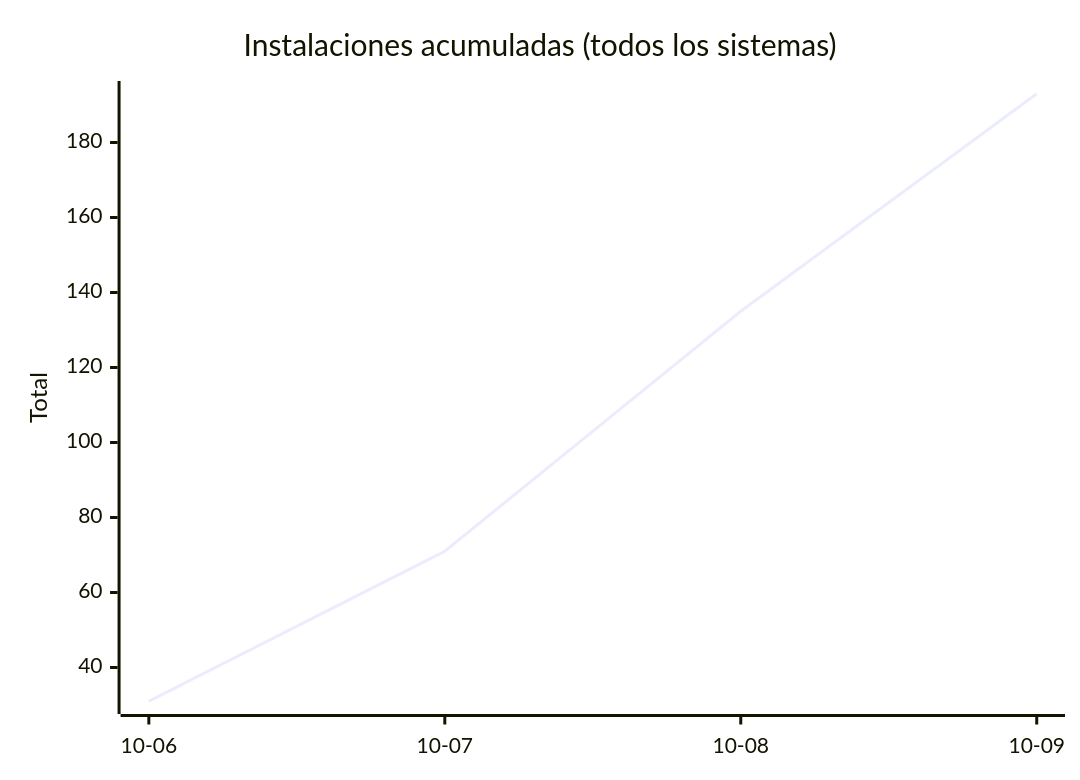
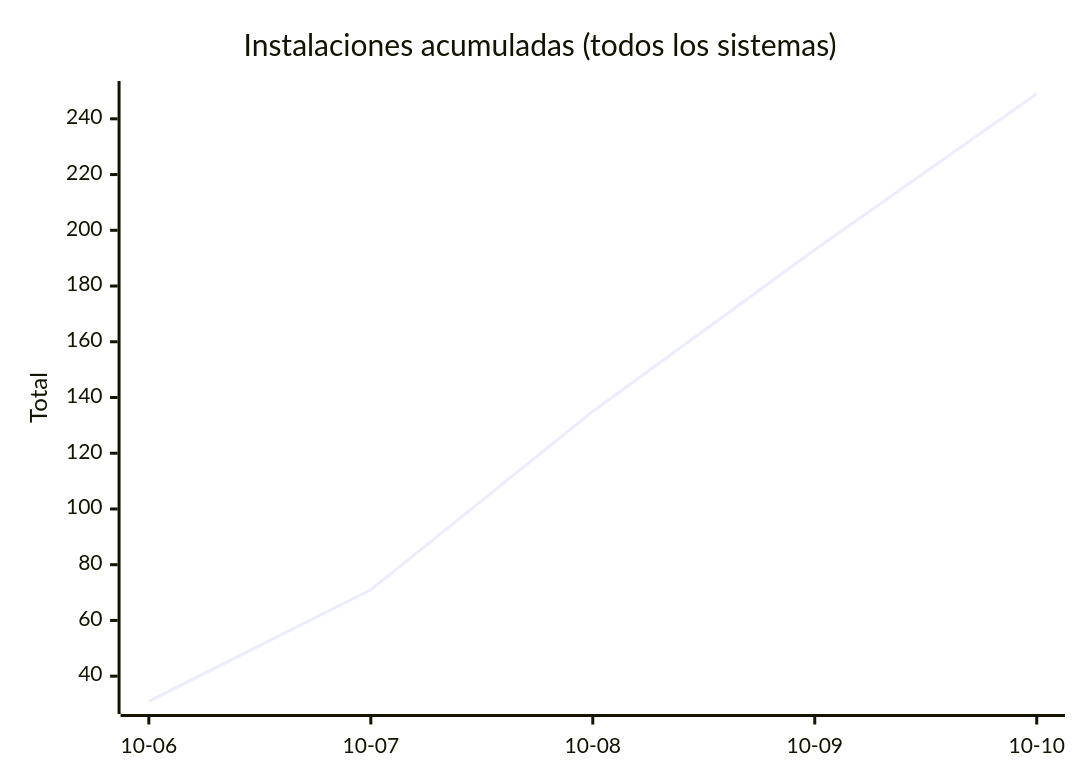
One commit to EmuDeck/stats changed the seventh of 8 diagrams in README.md. Above: the diagram before and after it, drawn with Mermaid. The commit also changed other lines of this file and 2 other files, not shown here.

````diff
--- a/README.md
+++ b/README.md
@@ -76,7 +76,7 @@
 ```mermaid
 xychart-beta
     title "Instalaciones acumuladas (todos los sistemas)"
-    x-axis ["10-06", "10-07", "10-08", "10-09"]
+    x-axis ["10-06", "10-07", "10-08", "10-09", "10-10"]
     y-axis "Total"
-    line [31, 71, 135, 193]
+    line [31, 71, 135, 193, 249]
 ```
````
